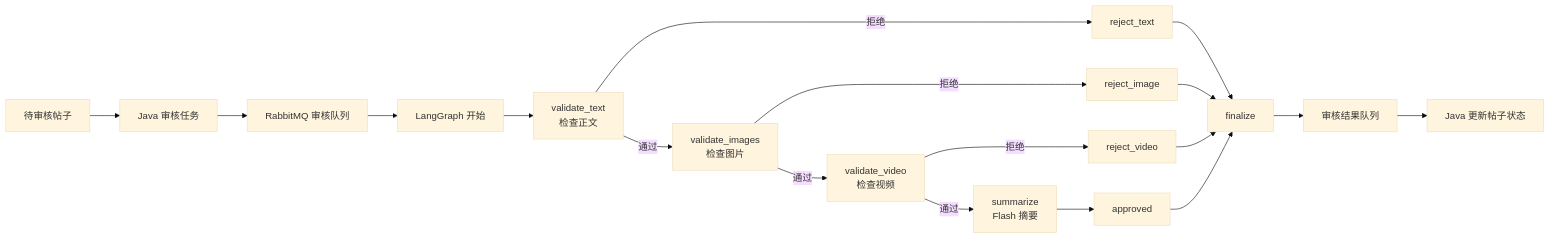
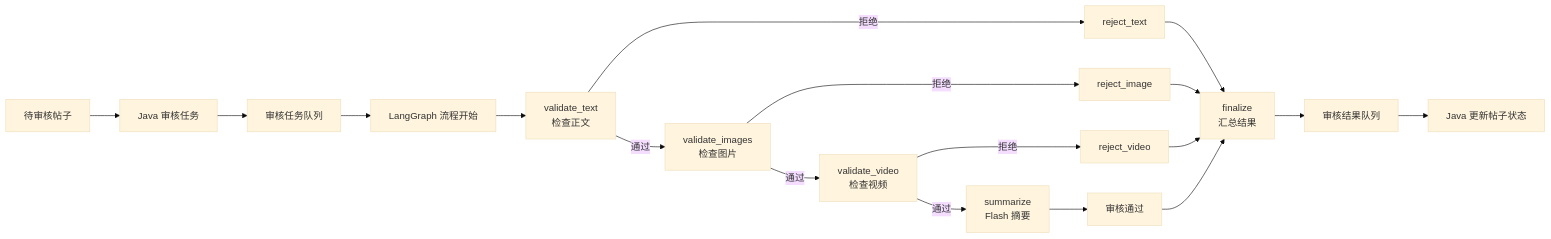
The ninth of 19 diagrams in README.md (pluchon/mengmeng_forum), drawn with Mermaid (base theme) before and after one commit. The commit also changed other lines of this file, not shown here.

````diff
--- a/README.md
+++ b/README.md
@@ -204,20 +227,20 @@
 ```mermaid
 flowchart LR
   P["待审核帖子"] --> J["Java 审核任务"]
-  J --> Q["RabbitMQ 审核队列"]
-  Q --> START["LangGraph 开始"]
+  J --> Q["审核任务队列"]
+  Q --> START["LangGraph 流程开始"]
   START --> TEXT["validate_text<br/>检查正文"]
   TEXT -->|通过| IMAGE["validate_images<br/>检查图片"]
   TEXT -->|拒绝| RT["reject_text"]
   IMAGE -->|通过| VIDEO["validate_video<br/>检查视频"]
   IMAGE -->|拒绝| RI["reject_image"]
   VIDEO -->|通过| SUM["summarize<br/>Flash 摘要"]
   VIDEO -->|拒绝| RV["reject_video"]
-  SUM --> OK["approved"]
-  RT --> FIN["finalize"]
+  SUM --> OK["审核通过"]
+  RT --> FIN["finalize<br/>汇总结果"]
   RI --> FIN
   RV --> FIN
   OK --> FIN
   FIN --> RQ["审核结果队列"]
   RQ --> J2["Java 更新帖子状态"]
 ```
````
